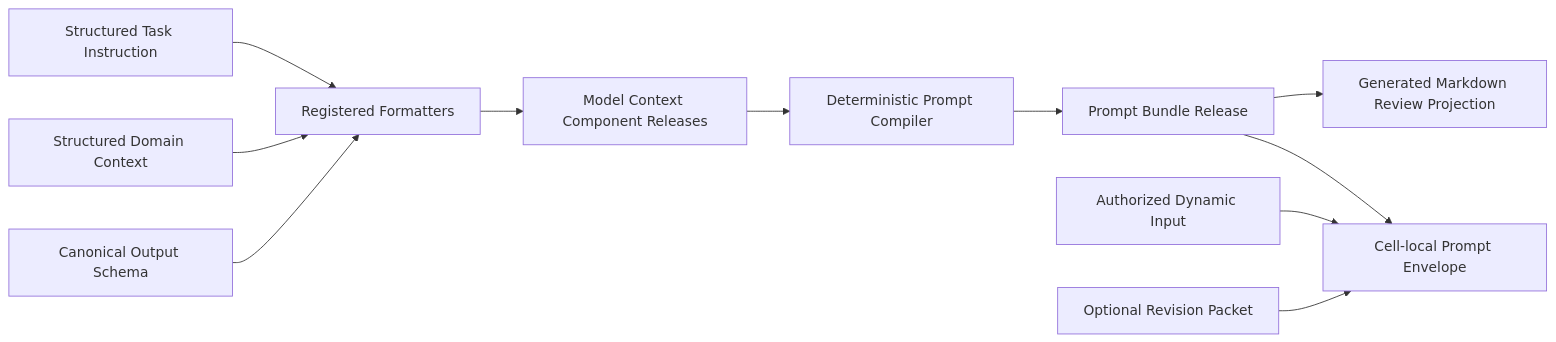
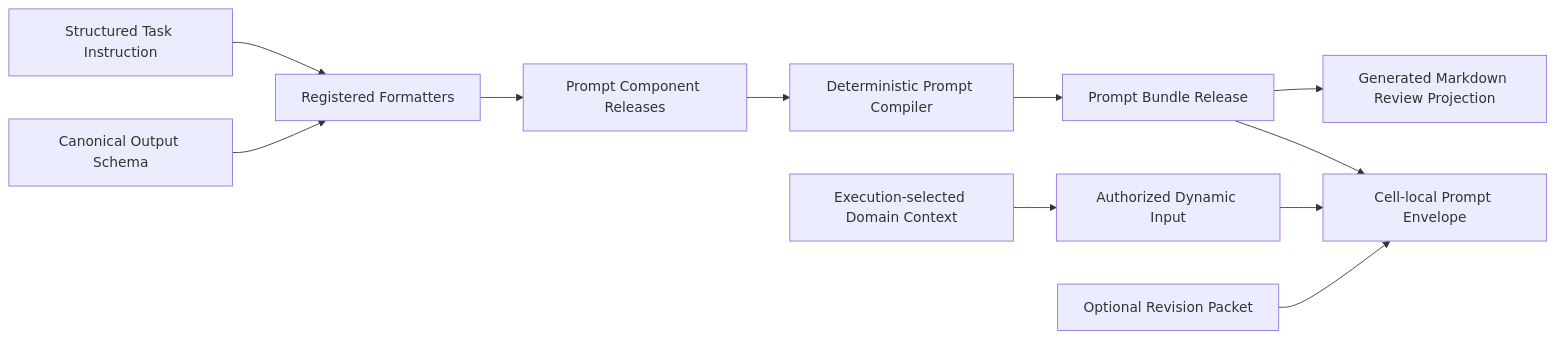
Before and after one commit to bobaoai/agent_runtime: the second of 6 diagrams in designDoc/agent_runtime_01_module_contract_and_assembly.md, drawn with Mermaid. The commit also changed other lines of this file and 20 other files, not shown here.

First line of the commit message:
fix(registry): keep domain context runtime-bound

````diff
--- a/designDoc/agent_runtime_01_module_contract_and_assembly.md
+++ b/designDoc/agent_runtime_01_module_contract_and_assembly.md
@@ -372,14 +372,14 @@
 ```mermaid
 flowchart LR
     SI["Structured Task Instruction"] --> F["Registered Formatters"]
-    DC["Structured Domain Context"] --> F
     OS["Canonical Output Schema"] --> F
-    F --> MC["Model Context Component Releases"]
+    F --> MC["Prompt Component Releases"]
     MC --> C["Deterministic Prompt Compiler"]
     C --> PB["Prompt Bundle Release"]
     PB --> MD["Generated Markdown Review Projection"]
 
     PB --> PE["Cell-local Prompt Envelope"]
     DI["Authorized Dynamic Input"] --> PE
+    DC["Execution-selected Domain Context"] --> DI
     RV["Optional Revision Packet"] --> PE
 ```
````
